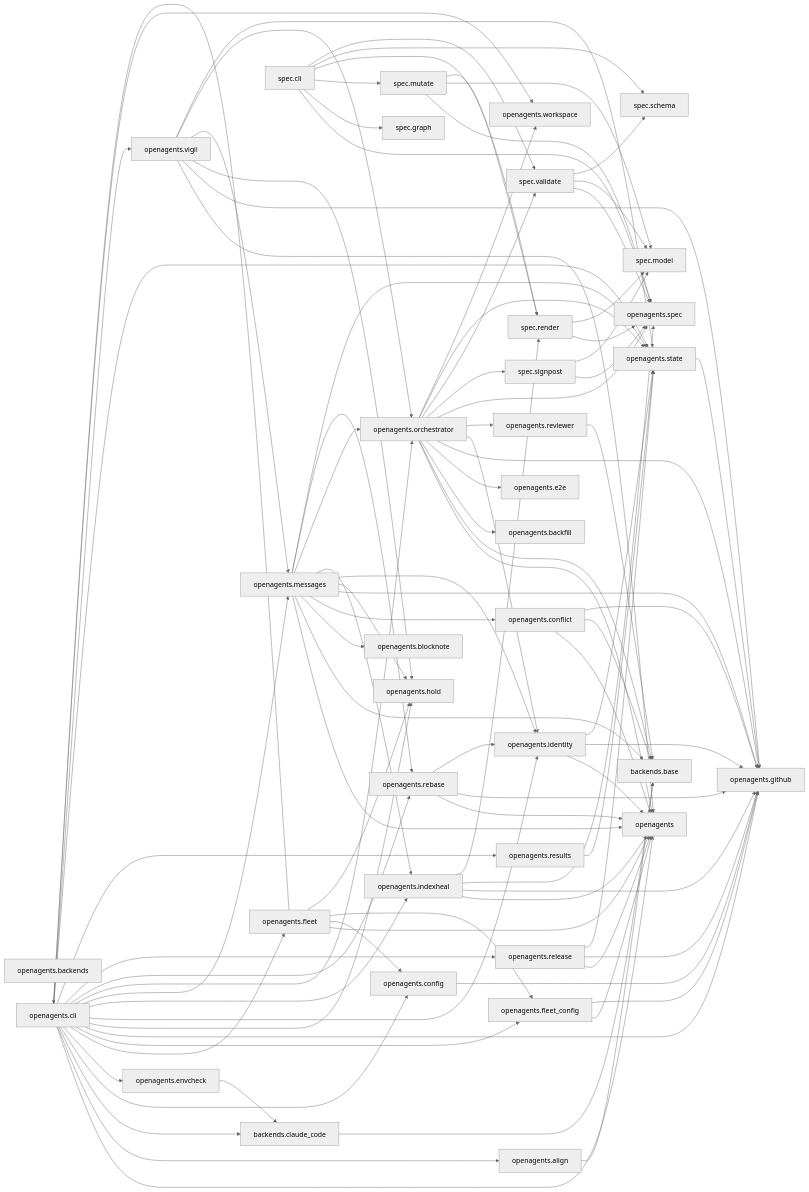
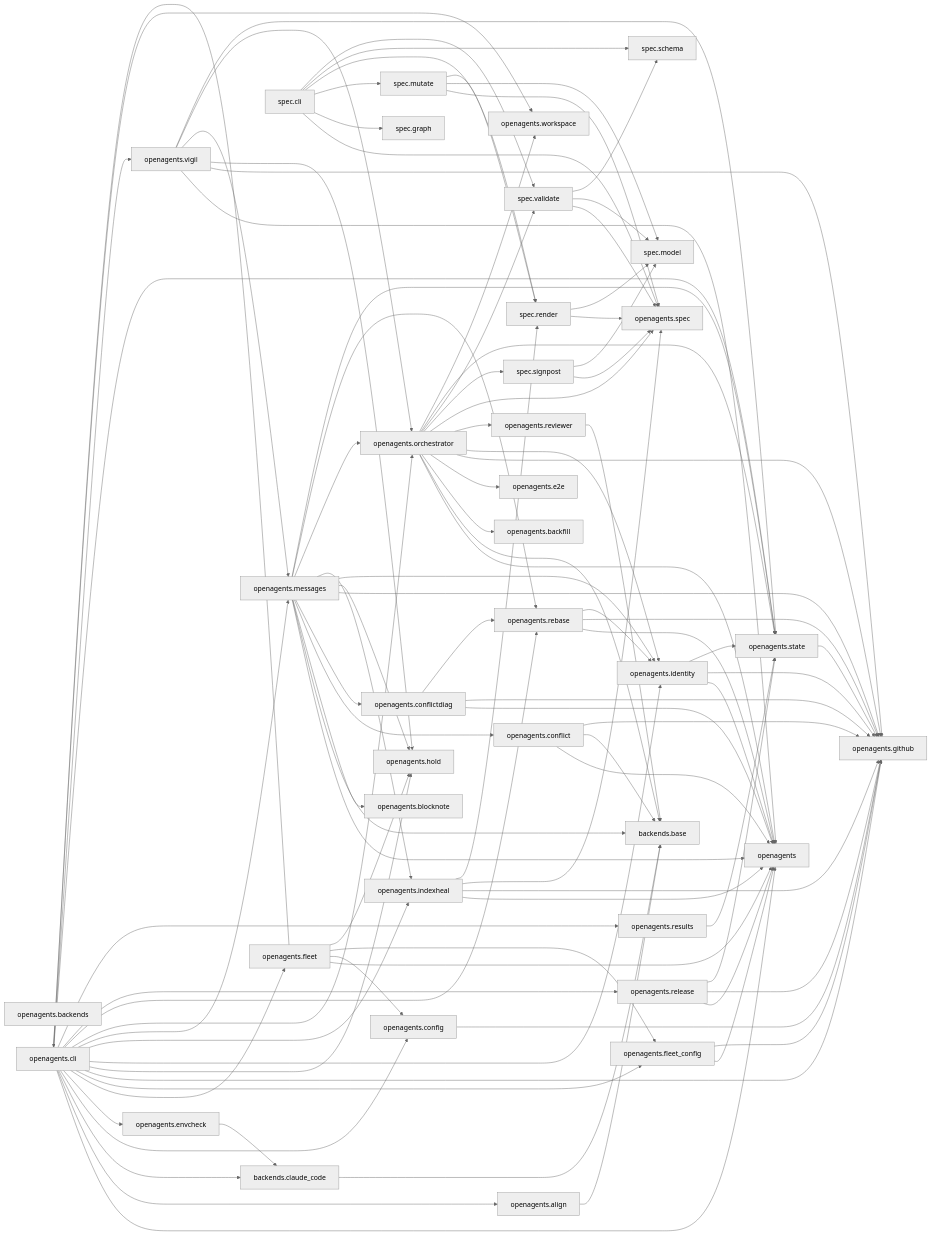
The diagram in docs/specs/ARCHITECTURE.md (Curry09/OpenAgents), drawn with Mermaid (neutral theme) before and after one commit. The commit also changed other lines of this file and 14 other files, not shown here.

```diff
--- a/docs/specs/ARCHITECTURE.md
+++ b/docs/specs/ARCHITECTURE.md
@@ -75,6 +76,7 @@
     nopenagents_cli["openagents.cli"]
     nopenagents_config["openagents.config"]
     nopenagents_conflict["openagents.conflict"]
+    nopenagents_conflictdiag["openagents.conflictdiag"]
     nopenagents_e2e["openagents.e2e"]
     nopenagents_envcheck["openagents.envcheck"]
     nopenagents_fleet["openagents.fleet"]
@@ -126,6 +128,9 @@
     nopenagents_conflict --> nopenagents
     nopenagents_conflict --> nopenagents_backends_base
     nopenagents_conflict --> nopenagents_github
+    nopenagents_conflictdiag --> nopenagents
+    nopenagents_conflictdiag --> nopenagents_github
+    nopenagents_conflictdiag --> nopenagents_rebase
     nopenagents_envcheck --> nopenagents_backends_claude_code
     nopenagents_fleet --> nopenagents
     nopenagents_fleet --> nopenagents_cli
@@ -145,6 +150,7 @@
     nopenagents_messages --> nopenagents_backends_base
     nopenagents_messages --> nopenagents_blocknote
     nopenagents_messages --> nopenagents_conflict
+    nopenagents_messages --> nopenagents_conflictdiag
     nopenagents_messages --> nopenagents_github
     nopenagents_messages --> nopenagents_hold
     nopenagents_messages --> nopenagents_identity
```
